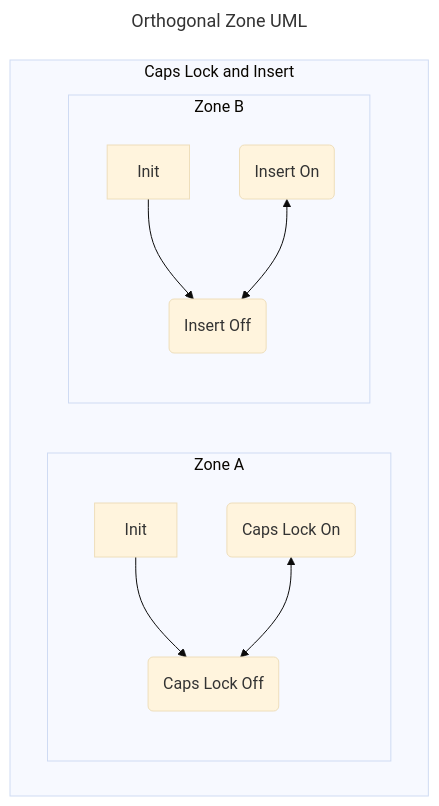
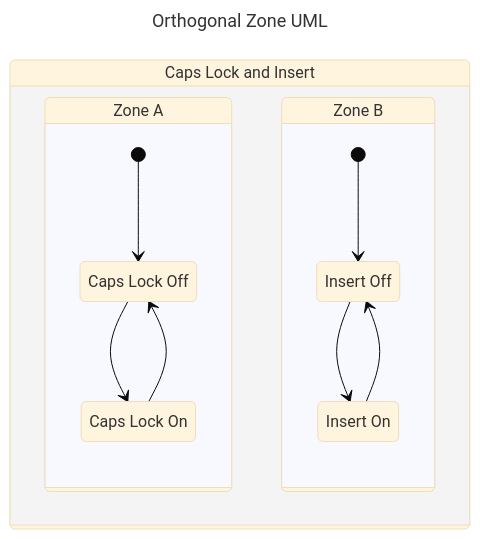
Before and after one commit to tongmon/fundamental-practice: the fourth of 5 diagrams in Programming Pattern/Behavioral Pattern/State.md, drawn with Mermaid (base theme). The commit also changed other lines of this file and 1 other file, not shown here.

````diff
--- a/Programming Pattern/Behavioral Pattern/State.md
+++ b/Programming Pattern/Behavioral Pattern/State.md
@@ -1024,19 +1032,26 @@
 ```mermaid
 ---
 title : Orthogonal Zone UML
 ---
 
-flowchart TD
-
-    subgraph CapsLockInsert[Caps Lock and Insert]
-        subgraph Zone1[Zone A]
-            Zone1Init[Init] --> CapsLockOff(Caps Lock Off)
-            CapsLockOn(Caps Lock On) <--> CapsLockOff
-        end
-
-        subgraph Zone2[Zone B]
-            Zone2Init[Init] --> InsertOff(Insert Off)
-            InsertOn(Insert On) <--> InsertOff
-        end
-    end
+stateDiagram-v2
+    CL_and_In: Caps Lock and Insert
+    state CL_and_In {       
+        ZoneA: Zone A
+        state ZoneA {
+            CapsOff: Caps Lock Off
+            CapsOn: Caps Lock On
+            [*] --> CapsOff
+            CapsOff --> CapsOn
+            CapsOn --> CapsOff
+        }
+        ZoneB: Zone B
+        state ZoneB {
+            InOff: Insert Off
+            InOn: Insert On
+            [*] --> InOff
+            InOff --> InOn
+            InOn --> InOff
+        }
+    }
 ```
````
